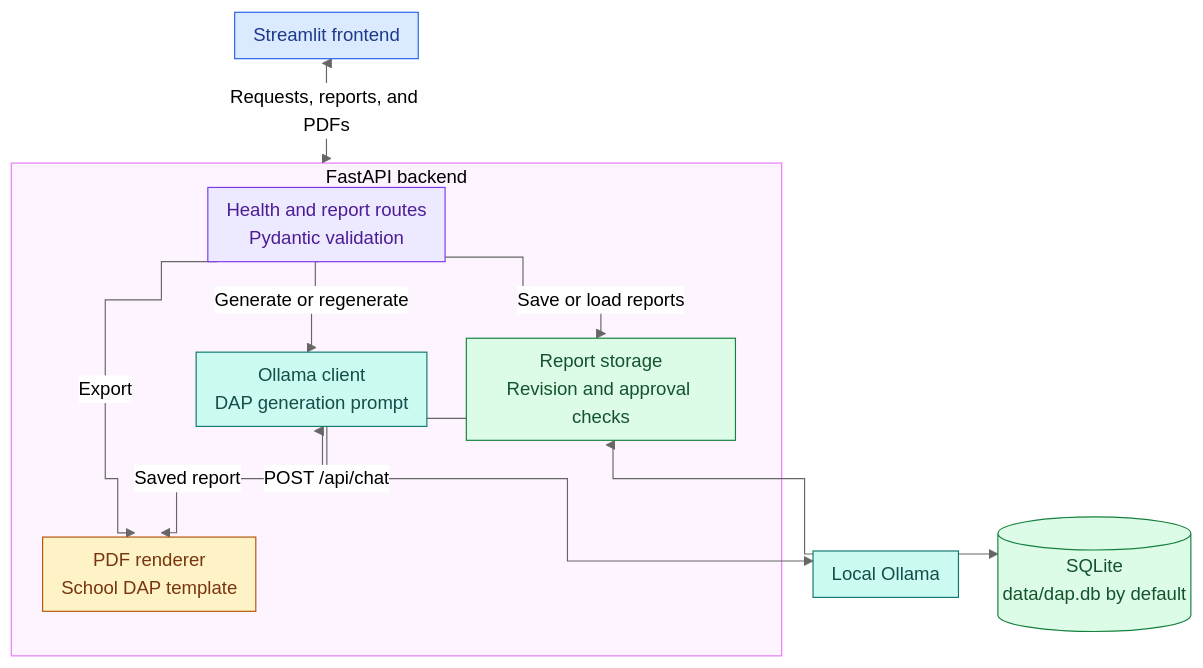
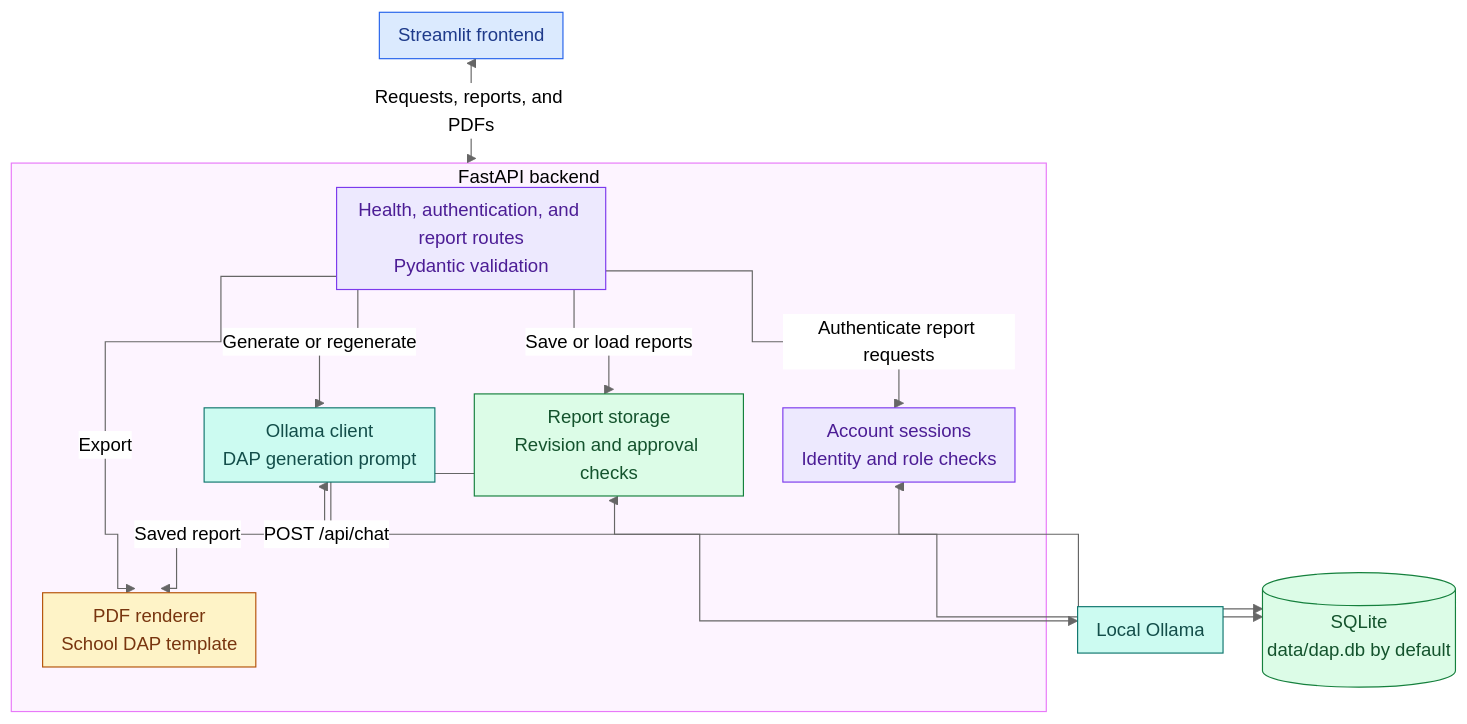
The first of 2 diagrams in src/documentation_assistant/backend/README.md (OllieOzzy/cmsc495-social-worker-ai-assistant), drawn with Mermaid (neutral theme) before and after one commit. The commit also changed other lines of this file and 2 other files, not shown here.

Commit message:
Document authentication setup architecture and unreleased changes.

````diff
--- a/src/documentation_assistant/backend/README.md
+++ b/src/documentation_assistant/backend/README.md
@@ -10,37 +10,40 @@
 ```mermaid
 %%{init: {"flowchart": {"nodeSpacing": 34, "rankSpacing": 42, "padding": 8, "curve": "step"}}}%%
 flowchart TD
     UI["Streamlit frontend"]
 
     subgraph API["FastAPI backend"]
-        Routes["Health and report routes<br/>Pydantic validation"]
+        Routes["Health, authentication, and report routes<br/>Pydantic validation"]
+        Auth["Account sessions<br/>Identity and role checks"]
         LLM["Ollama client<br/>DAP generation prompt"]
         Store["Report storage<br/>Revision and approval checks"]
         PDF["PDF renderer<br/>School DAP template"]
 
         Routes -->|"Generate or regenerate"| LLM
+        Routes -->|"Authenticate report requests"| Auth
         Routes -->|"Save or load reports"| Store
         Routes -->|"Export"| PDF
         Store -->|"Saved report"| PDF
     end
 
     Ollama["Local Ollama"]
     SQLite[("SQLite<br/>data/dap.db by default")]
 
     UI <-->|"Requests, reports, and PDFs"| API
     LLM <-->|"POST /api/chat"| Ollama
     Store <--> SQLite
+    Auth <--> SQLite
 
     classDef frontend fill:#DBEAFE,stroke:#2563EB,color:#1E3A8A
     classDef backend fill:#EDE9FE,stroke:#7C3AED,color:#4C1D95
     classDef ai fill:#CCFBF1,stroke:#0F766E,color:#134E4A
     classDef storage fill:#DCFCE7,stroke:#15803D,color:#14532D
     classDef export fill:#FEF3C7,stroke:#B45309,color:#78350F
 
     class UI frontend
-    class Routes backend
+    class Routes,Auth backend
     class LLM,Ollama ai
     class Store,SQLite storage
     class PDF export
     style API fill:#FDF4FF,stroke:#E879F9,color:#000000
 ```
````
